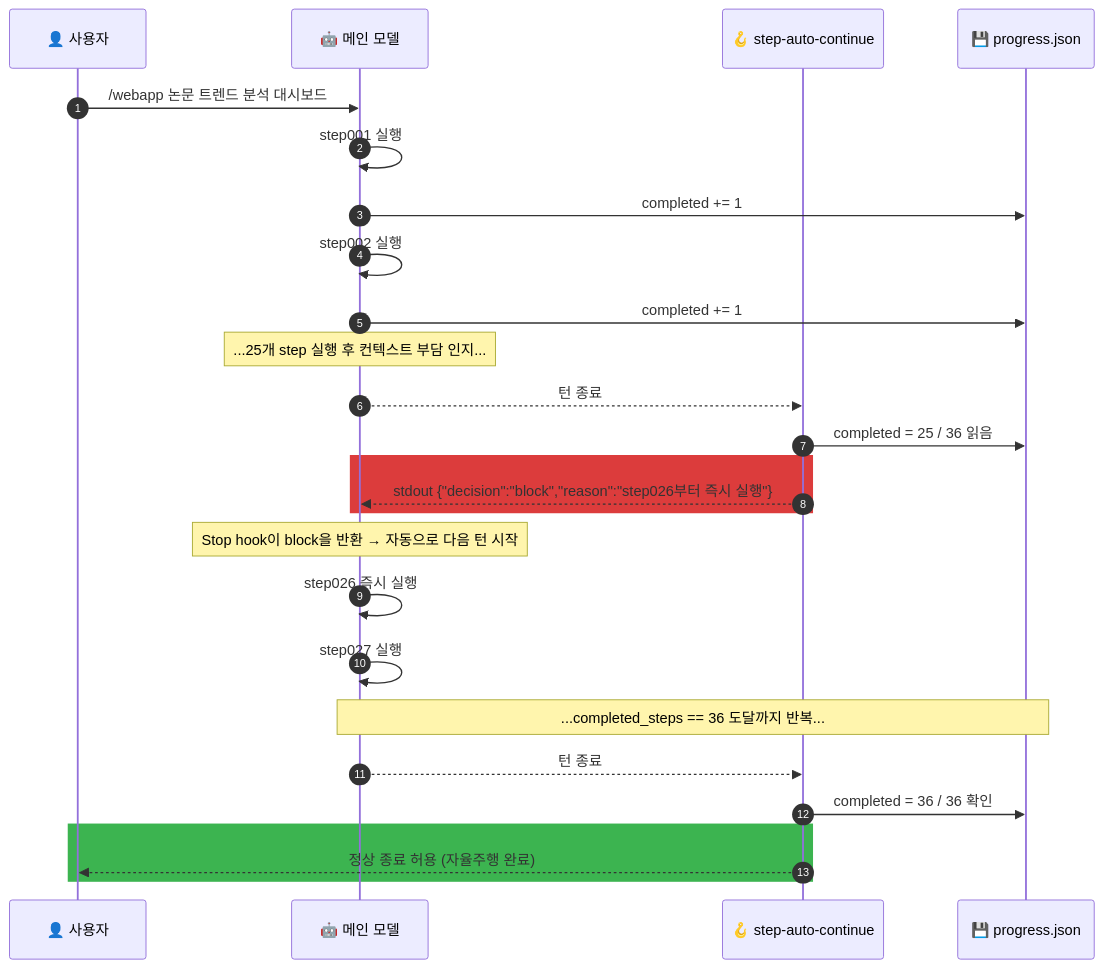
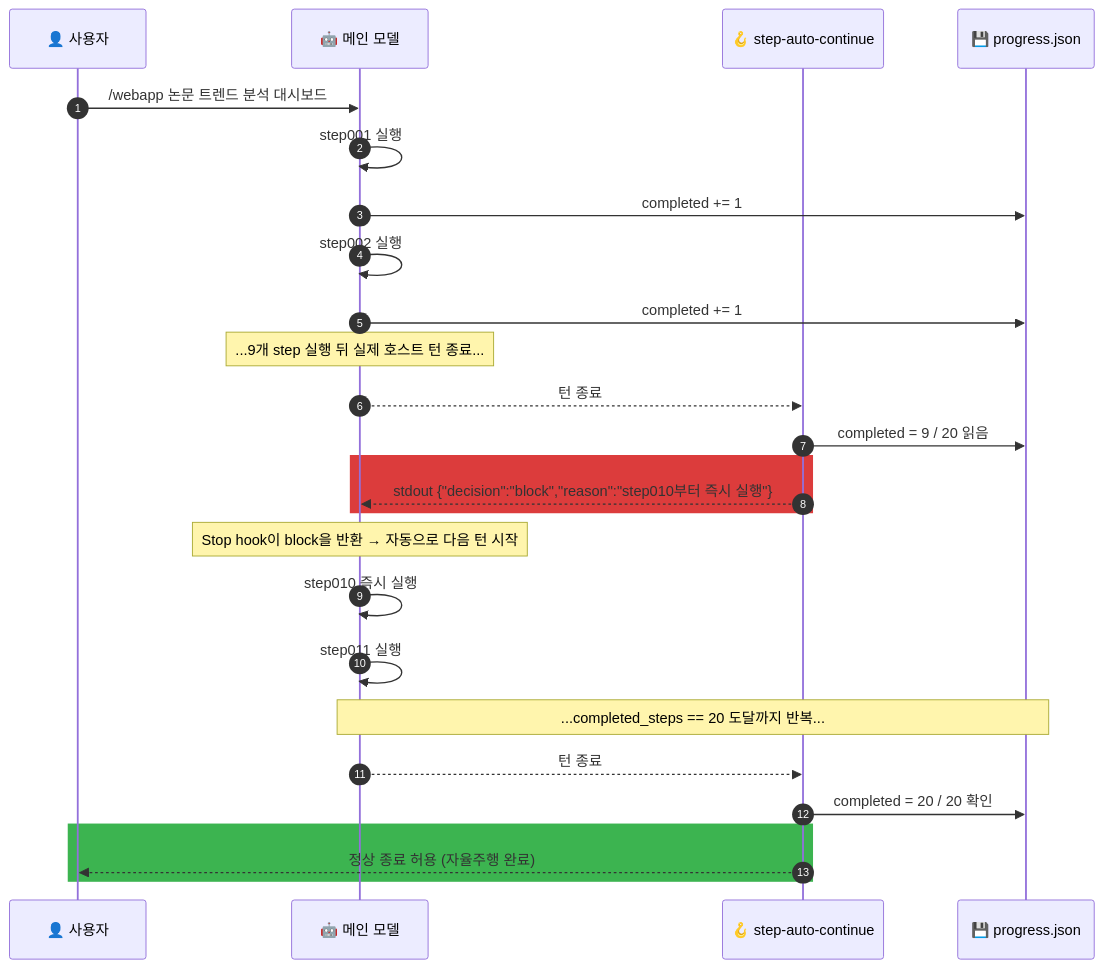
The fourth of 4 diagrams in README.md (Technoetic/harness20), drawn with Mermaid before and after one commit. The commit also changed other lines of this file and 106 other files, not shown here.

````diff
--- a/README.md
+++ b/README.md
@@ -555,29 +567,29 @@
 ```mermaid
 sequenceDiagram
     autonumber
     participant User as 👤 사용자
     participant LLM as 🤖 메인 모델
     participant Stop as 🪝 step-auto-continue
     participant Progress as 💾 progress.json
 
     User->>LLM: /webapp 논문 트렌드 분석 대시보드
     LLM->>LLM: step001 실행
     LLM->>Progress: completed += 1
     LLM->>LLM: step002 실행
     LLM->>Progress: completed += 1
-    Note over LLM: ...25개 step 실행 후 컨텍스트 부담 인지...
+    Note over LLM: ...9개 step 실행 뒤 실제 호스트 턴 종료...
     LLM-->>Stop: 턴 종료
-    Stop->>Progress: completed = 25 / 36 읽음
+    Stop->>Progress: completed = 9 / 20 읽음
     rect rgb(220, 60, 60)
-    Stop-->>LLM: stdout {"decision":"block","reason":"step026부터 즉시 실행"}
+    Stop-->>LLM: stdout {"decision":"block","reason":"step010부터 즉시 실행"}
     end
     Note over LLM: Stop hook이 block을 반환 → 자동으로 다음 턴 시작
-    LLM->>LLM: step026 즉시 실행
-    LLM->>LLM: step027 실행
-    Note over LLM,Progress: ...completed_steps == 36 도달까지 반복...
+    LLM->>LLM: step010 즉시 실행
+    LLM->>LLM: step011 실행
+    Note over LLM,Progress: ...completed_steps == 20 도달까지 반복...
     LLM-->>Stop: 턴 종료
-    Stop->>Progress: completed = 36 / 36 확인
+    Stop->>Progress: completed = 20 / 20 확인
     rect rgb(60, 180, 80)
     Stop-->>User: 정상 종료 허용 (자율주행 완료)
     end
 ```
````
